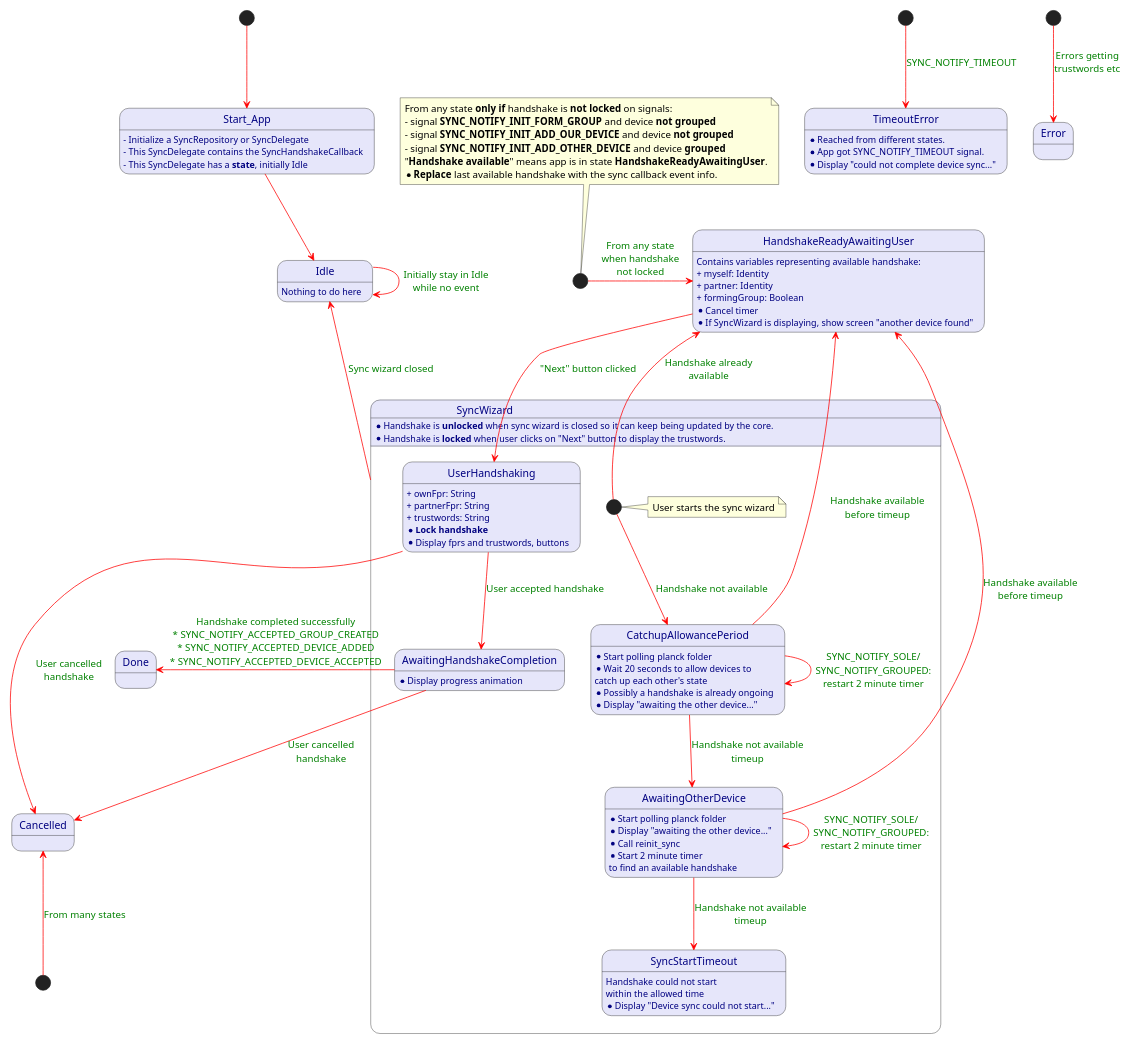
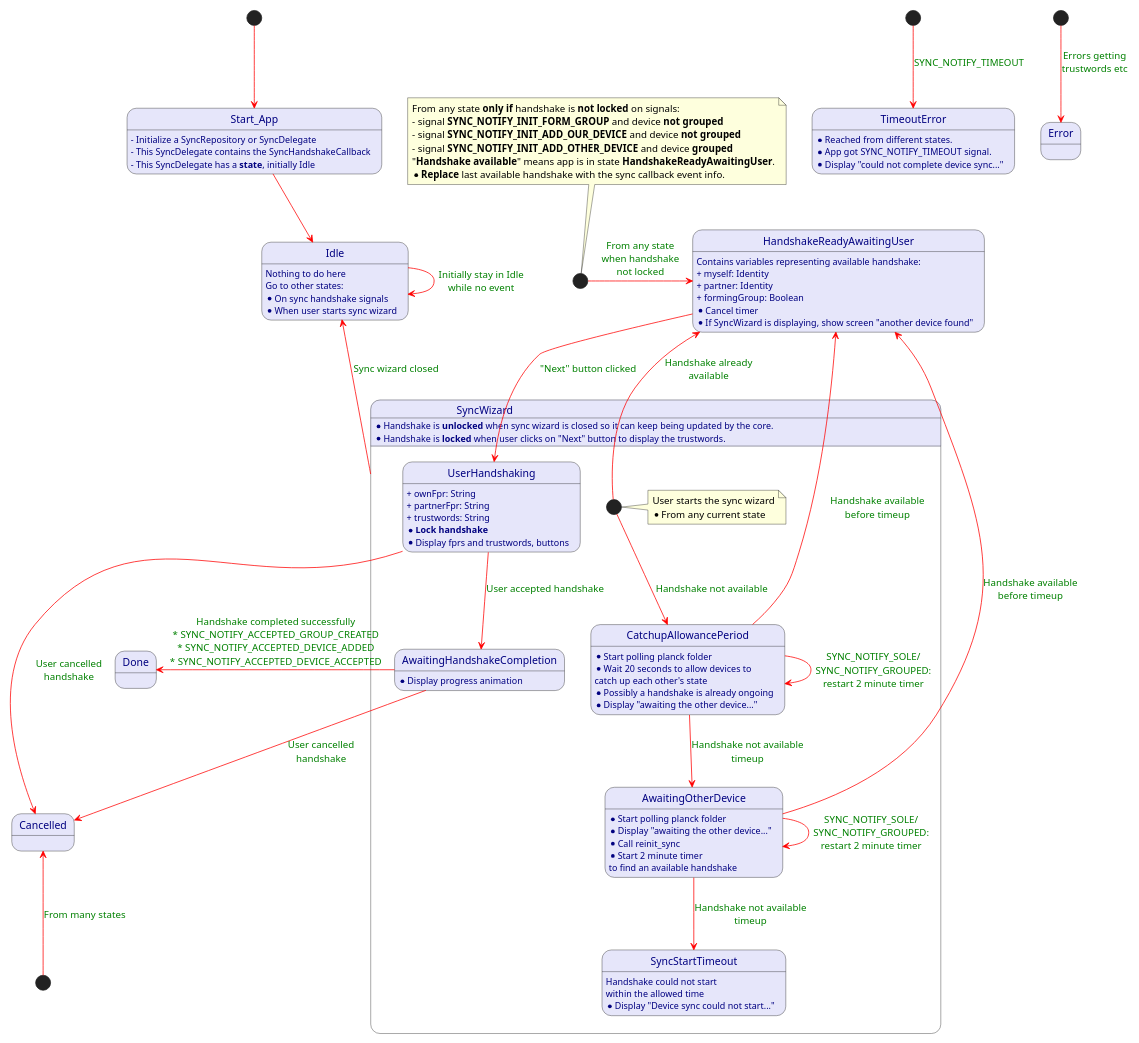
The diagram in diagrams/sync/SyncFlowStateDiagram.puml (plancksecurity/android-planckForAndroid), drawn with PlantUML before and after one commit.

Commit message:
EFA-348 Update state diagram

```diff
--- a/diagrams/sync/SyncFlowStateDiagram.puml
+++ b/diagrams/sync/SyncFlowStateDiagram.puml
@@ -1,113 +1,117 @@
 @startuml
 'https://plantuml.com/state-diagram
 'skinparam ranksep 20
 skinparam dpi 125
 'skinparam packageTitleAlignment left
 'skinparam linetype ortho
 'skinparam linetype polyline
 'left to right direction
 skinparam arrowColor red
 skinparam arrowFontColor green
 'skinparam handwritten true
 skinparam State {
     AttributeFontcolor navy
     BackgroundColor lavender
 }
 
 
 scale 800 width
 scale 800 height
 
 [*] --> Start_App
 Start_App : - Initialize a SyncRepository or SyncDelegate
 Start_App : - This SyncDelegate contains the SyncHandshakeCallback
 Start_App : - This SyncDelegate has a **state**, initially Idle
 
 Start_App -down-> Idle
 Idle: Nothing to do here
+Idle: Go to other states:
+Idle: * On sync handshake signals
+Idle: * When user starts sync wizard
 Idle -> Idle : Initially stay in Idle\nwhile no event
 'Idle ---> Sync_Wizard
 state SyncWizard {
 SyncWizard: * Handshake is **unlocked** when sync wizard is closed so it can keep being updated by the core.
 SyncWizard: * Handshake is **locked** when user clicks on "Next" button to display the trustwords.
     state Wizard_Start <<start>>
     note right of Wizard_Start
       User starts the sync wizard
+      * From any current state
     end note
 
     Wizard_Start --> CatchupAllowancePeriod : Handshake not available
 
     CatchupAllowancePeriod: * Start polling planck folder
     CatchupAllowancePeriod: * Wait 20 seconds to allow devices to \ncatch up each other's state
     CatchupAllowancePeriod: * Possibly a handshake is already ongoing
     CatchupAllowancePeriod: * Display "awaiting the other device..."
 
     CatchupAllowancePeriod --> CatchupAllowancePeriod : SYNC_NOTIFY_SOLE/\nSYNC_NOTIFY_GROUPED:\nrestart 2 minute timer
     CatchupAllowancePeriod --> AwaitingOtherDevice : Handshake not available\ntimeup
     AwaitingOtherDevice: * Start polling planck folder
     AwaitingOtherDevice: * Display "awaiting the other device..."
     AwaitingOtherDevice: * Call reinit_sync
     AwaitingOtherDevice: * Start 2 minute timer
     AwaitingOtherDevice: to find an available handshake
     AwaitingOtherDevice --> AwaitingOtherDevice : SYNC_NOTIFY_SOLE/\nSYNC_NOTIFY_GROUPED:\nrestart 2 minute timer
     AwaitingOtherDevice --> SyncStartTimeout : Handshake not available\ntimeup
     SyncStartTimeout: Handshake could not start\nwithin the allowed time
     SyncStartTimeout: * Display "Device sync could not start..."
 
     state UserHandshaking
     UserHandshaking: + ownFpr: String
     UserHandshaking: + partnerFpr: String
     UserHandshaking: + trustwords: String
     UserHandshaking: * **Lock handshake**
     UserHandshaking: * Display fprs and trustwords, buttons
 
     state AwaitingHandshakeCompletion
     AwaitingHandshakeCompletion: * Display progress animation
     UserHandshaking --> AwaitingHandshakeCompletion : User accepted handshake
 }
 
 SyncWizard -up-> Idle : Sync wizard closed
 
 Wizard_Start --> HandshakeReadyAwaitingUser : Handshake already\navailable
 CatchupAllowancePeriod -up------> HandshakeReadyAwaitingUser : Handshake available\nbefore timeup
 AwaitingOtherDevice --> HandshakeReadyAwaitingUser : Handshake available\nbefore timeup
 HandshakeReadyAwaitingUser --> UserHandshaking : "Next" button clicked
 UserHandshaking --> Cancelled : User cancelled\nhandshake
 state CancelledRoot <<start>>
 CancelledRoot -up-> Cancelled : From many states
 AwaitingHandshakeCompletion ---left-> Done : Handshake completed successfully\n* SYNC_NOTIFY_ACCEPTED_GROUP_CREATED\n* SYNC_NOTIFY_ACCEPTED_DEVICE_ADDED\n* SYNC_NOTIFY_ACCEPTED_DEVICE_ACCEPTED
 AwaitingHandshakeCompletion --> Cancelled : User cancelled\nhandshake
 
 
 state HandshakeReadyAwaitingUser
 HandshakeReadyAwaitingUser: Contains variables representing available handshake:
 HandshakeReadyAwaitingUser: + myself: Identity
 HandshakeReadyAwaitingUser: + partner: Identity
 HandshakeReadyAwaitingUser: + formingGroup: Boolean
 HandshakeReadyAwaitingUser: * Cancel timer
 HandshakeReadyAwaitingUser: * If SyncWizard is displaying, show screen "another device found"
 
 state TimeoutRoot <<start>>
 TimeoutRoot --> TimeoutError : SYNC_NOTIFY_TIMEOUT
 TimeoutError: * Reached from different states.
 TimeoutError: * App got SYNC_NOTIFY_TIMEOUT signal.
 TimeoutError: * Display "could not complete device sync..."
 
 state ErrorRoot <<start>>
 ErrorRoot --> Error : Errors getting\ntrustwords etc
 
 
 
 state anyState <<start>>
 anyState -> HandshakeReadyAwaitingUser: From any state\nwhen handshake\nnot locked
 note top of anyState
 From any state **only if** handshake is **not locked** on signals:
 - signal **SYNC_NOTIFY_INIT_FORM_GROUP** and device **not grouped**
 - signal **SYNC_NOTIFY_INIT_ADD_OUR_DEVICE** and device **not grouped**
 - signal **SYNC_NOTIFY_INIT_ADD_OTHER_DEVICE** and device **grouped**
 "**Handshake available**" means app is in state **HandshakeReadyAwaitingUser**.
 * **Replace** last available handshake with the sync callback event info.
 end note
 
 
 @enduml
```
